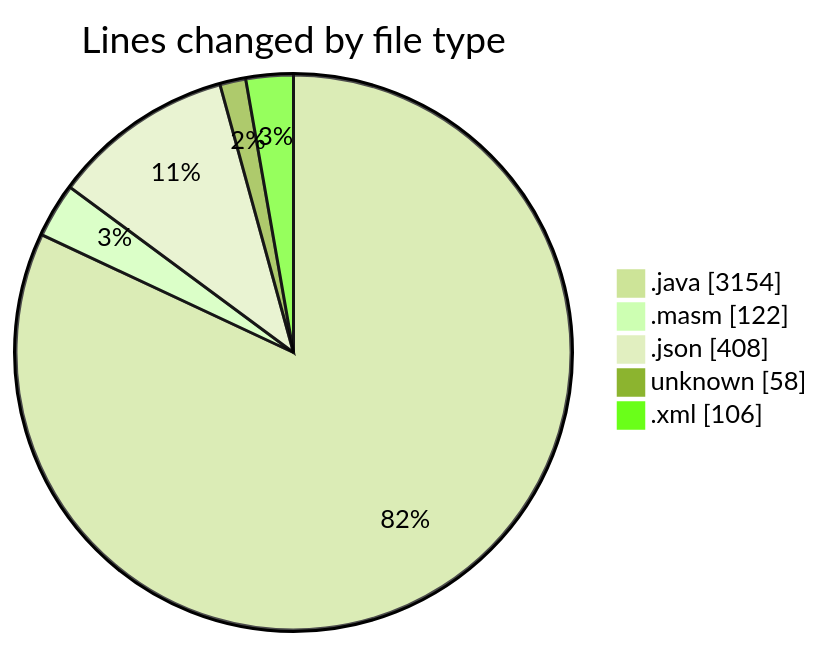
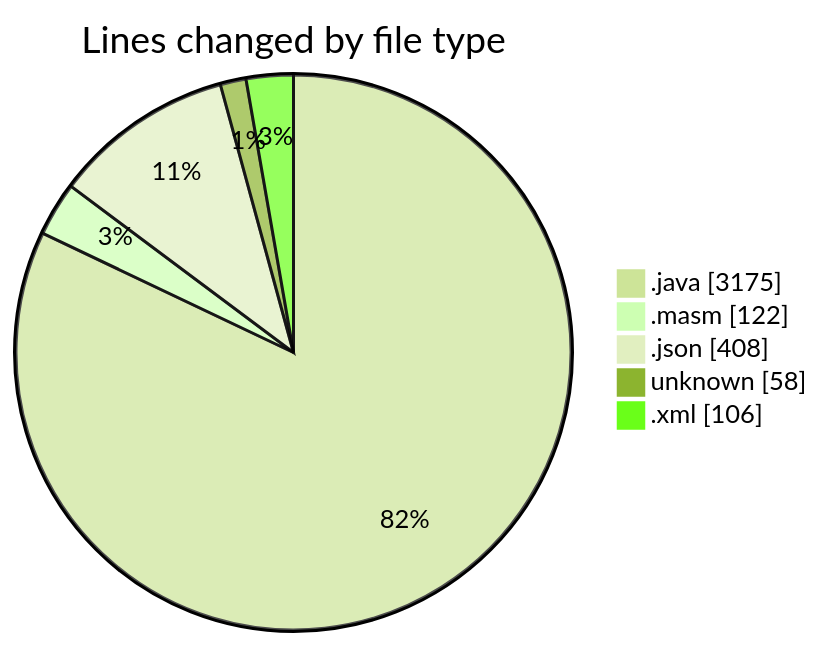
The first of 2 diagrams in 2025-02-19/masm/README.md (charlie-sans/code-tracking), drawn with Mermaid (forest theme) before and after one commit. The commit also changed other lines of this file and 1 other file, not shown here.

````diff
--- a/2025-02-19/masm/README.md
+++ b/2025-02-19/masm/README.md
@@ -38,9 +38,9 @@
 ```mermaid
 pie showData
 title Lines changed by file type
-".java" : 3154
+".java" : 3175
 ".masm" : 122
 ".json" : 408
 "unknown" : 58
 ".xml" : 106
 ```
````
